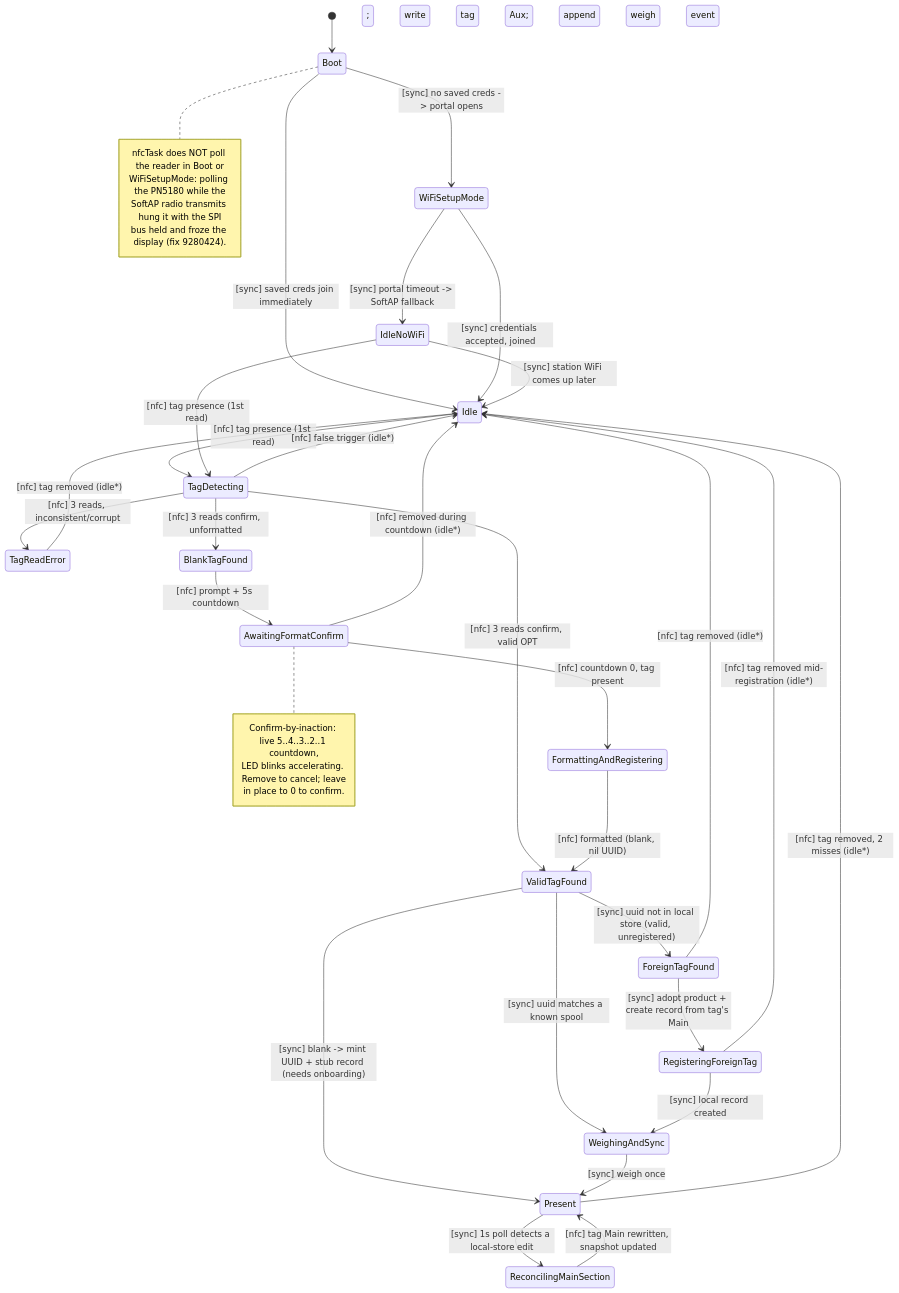
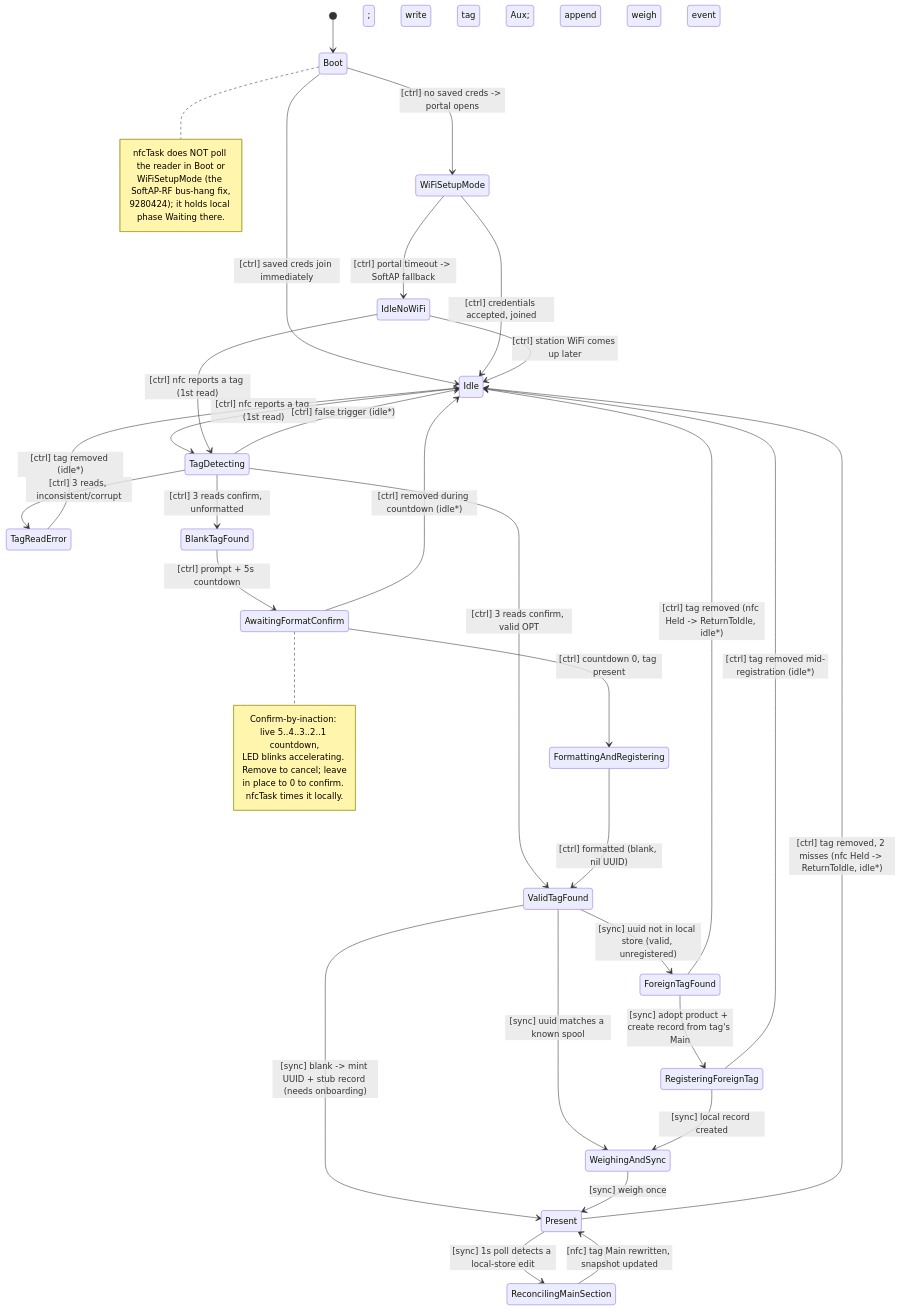
Before and after one commit to NormSohl/openprinttag-weigh-station: the diagram in docs/design/device-states.mermaid, drawn with Mermaid. The commit also changed 4 other files, not shown here.

```diff
--- a/docs/design/device-states.mermaid
+++ b/docs/design/device-states.mermaid
@@ -1,57 +1,61 @@
 stateDiagram-v2
-    %% Transition labels are tagged with the task that WRITES the state today:
-    %%   [nfc]  = nfcTask (src/nfc_task.cpp)   — detect / read / classify / physical writes
-    %%   [sync] = syncTask (src/sync_task.cpp) — WiFi / store / weigh / reconcile
-    %% This split ownership of one gState global is the subject of
-    %% state-machine-ownership.md: two writers, no arbiter. "idle*" below means
-    %% idleState() picks Idle (joined) vs IdleNoWiFi (SoftAP) from gApSsid.
+    %% Ownership after refactor phases 1-3 (docs/design/state-machine-ownership.md).
+    %% Transition labels are tagged with the task that WRITES the target state:
+    %%   [ctrl] = controllerTask, the single writer of the WiFi/idle group AND the
+    %%            tag-detection states. It writes them in response to events:
+    %%            syncTask posts WiFi events; nfcTask posts tag-fact events
+    %%            (TagDetecting/TagBlank/AwaitConfirm/FormatConfirmed/TagValid/
+    %%            TagReadErr/ReturnToIdle) from its own local NfcPhase machine.
+    %%   [sync] = syncTask writes directly — the weigh states (phase 4 will move these).
+    %%   [nfc]  = nfcTask writes directly — ONLY ReconcilingMainSection->Present now
+    %%            (phase 4 will move it; it is the last state written by two tasks).
+    %% "idle*" = the controller picks Idle (joined) vs IdleNoWiFi (SoftAP).
 
     [*] --> Boot
 
-    Boot --> WiFiSetupMode: [sync] no saved creds -> portal opens
-    Boot --> Idle: [sync] saved creds join immediately
+    Boot --> WiFiSetupMode: [ctrl] no saved creds -> portal opens
+    Boot --> Idle: [ctrl] saved creds join immediately
     note right of Boot
         nfcTask does NOT poll the reader in Boot or
-        WiFiSetupMode: polling the PN5180 while the
-        SoftAP radio transmits hung it with the SPI
-        bus held and froze the display (fix 9280424).
+        WiFiSetupMode (the SoftAP-RF bus-hang fix,
+        9280424); it holds local phase Waiting there.
     end note
 
-    WiFiSetupMode --> Idle: [sync] credentials accepted, joined
-    WiFiSetupMode --> IdleNoWiFi: [sync] portal timeout -> SoftAP fallback
+    WiFiSetupMode --> Idle: [ctrl] credentials accepted, joined
+    WiFiSetupMode --> IdleNoWiFi: [ctrl] portal timeout -> SoftAP fallback
 
-    Idle --> TagDetecting: [nfc] tag presence (1st read)
-    IdleNoWiFi --> TagDetecting: [nfc] tag presence (1st read)
-    IdleNoWiFi --> Idle: [sync] station WiFi comes up later
+    Idle --> TagDetecting: [ctrl] nfc reports a tag (1st read)
+    IdleNoWiFi --> TagDetecting: [ctrl] nfc reports a tag (1st read)
+    IdleNoWiFi --> Idle: [ctrl] station WiFi comes up later
 
-    TagDetecting --> Idle: [nfc] false trigger (idle*)
-    TagDetecting --> TagReadError: [nfc] 3 reads, inconsistent/corrupt
-    TagDetecting --> BlankTagFound: [nfc] 3 reads confirm, unformatted
-    TagDetecting --> ValidTagFound: [nfc] 3 reads confirm, valid OPT
+    TagDetecting --> Idle: [ctrl] false trigger (idle*)
+    TagDetecting --> TagReadError: [ctrl] 3 reads, inconsistent/corrupt
+    TagDetecting --> BlankTagFound: [ctrl] 3 reads confirm, unformatted
+    TagDetecting --> ValidTagFound: [ctrl] 3 reads confirm, valid OPT
 
-    TagReadError --> Idle: [nfc] tag removed (idle*)
+    TagReadError --> Idle: [ctrl] tag removed (idle*)
 
-    BlankTagFound --> AwaitingFormatConfirm: [nfc] prompt + 5s countdown
+    BlankTagFound --> AwaitingFormatConfirm: [ctrl] prompt + 5s countdown
     note right of AwaitingFormatConfirm
         Confirm-by-inaction: live 5..4..3..2..1 countdown,
         LED blinks accelerating. Remove to cancel; leave
-        in place to 0 to confirm.
+        in place to 0 to confirm. nfcTask times it locally.
     end note
-    AwaitingFormatConfirm --> FormattingAndRegistering: [nfc] countdown 0, tag present
-    AwaitingFormatConfirm --> Idle: [nfc] removed during countdown (idle*)
-    FormattingAndRegistering --> ValidTagFound: [nfc] formatted (blank, nil UUID)
+    AwaitingFormatConfirm --> FormattingAndRegistering: [ctrl] countdown 0, tag present
+    AwaitingFormatConfirm --> Idle: [ctrl] removed during countdown (idle*)
+    FormattingAndRegistering --> ValidTagFound: [ctrl] formatted (blank, nil UUID)
 
     ValidTagFound --> Present: [sync] blank -> mint UUID + stub record (needs onboarding)
     ValidTagFound --> ForeignTagFound: [sync] uuid not in local store (valid, unregistered)
     ValidTagFound --> WeighingAndSync: [sync] uuid matches a known spool
 
     ForeignTagFound --> RegisteringForeignTag: [sync] adopt product + create record from tag's Main
     RegisteringForeignTag --> WeighingAndSync: [sync] local record created
-    ForeignTagFound --> Idle: [nfc] tag removed (idle*)
-    RegisteringForeignTag --> Idle: [nfc] tag removed mid-registration (idle*)
+    ForeignTagFound --> Idle: [ctrl] tag removed (nfc Held -> ReturnToIdle, idle*)
+    RegisteringForeignTag --> Idle: [ctrl] tag removed mid-registration (idle*)
 
     WeighingAndSync --> Present: [sync] weigh once; write tag Aux; append weigh event
 
     Present --> ReconcilingMainSection: [sync] 1s poll detects a local-store edit
     ReconcilingMainSection --> Present: [nfc] tag Main rewritten, snapshot updated
-    Present --> Idle: [nfc] tag removed, 2 misses (idle*)
+    Present --> Idle: [ctrl] tag removed, 2 misses (nfc Held -> ReturnToIdle, idle*)
```
